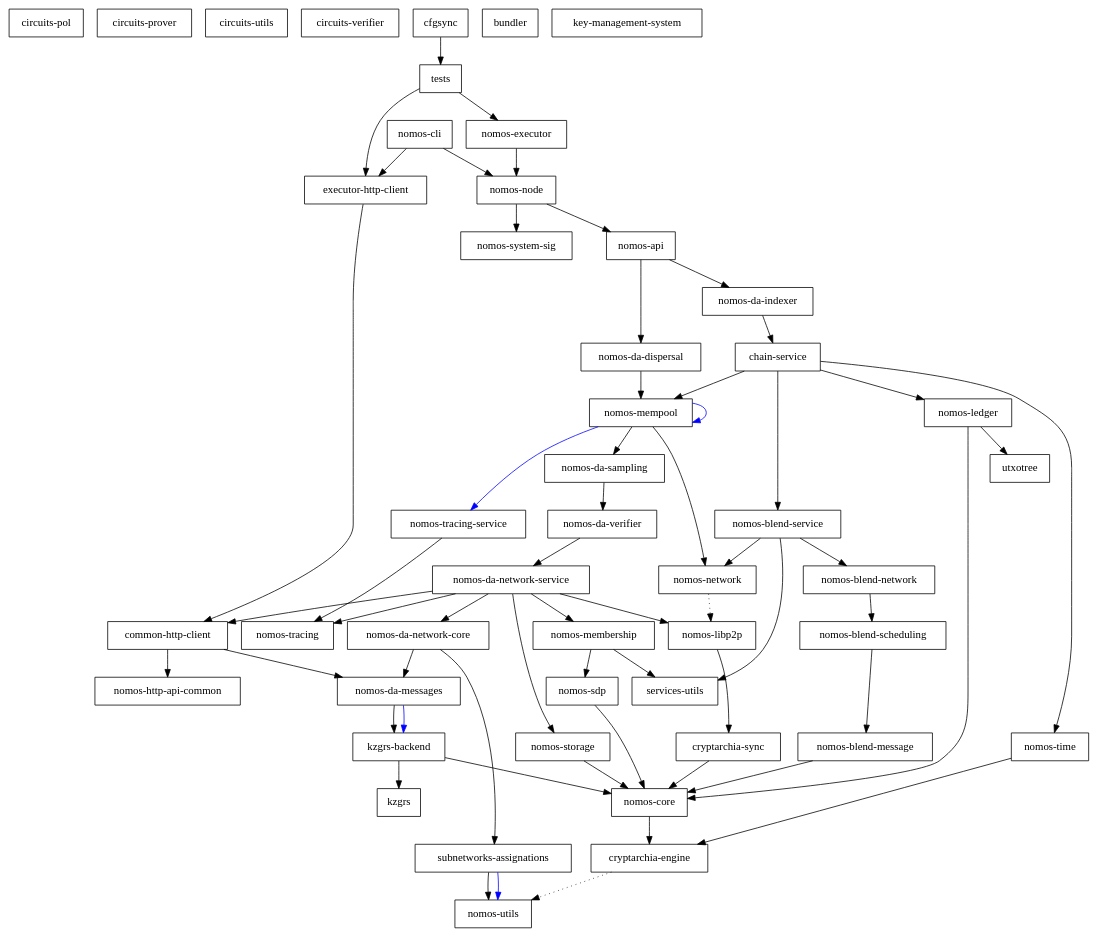
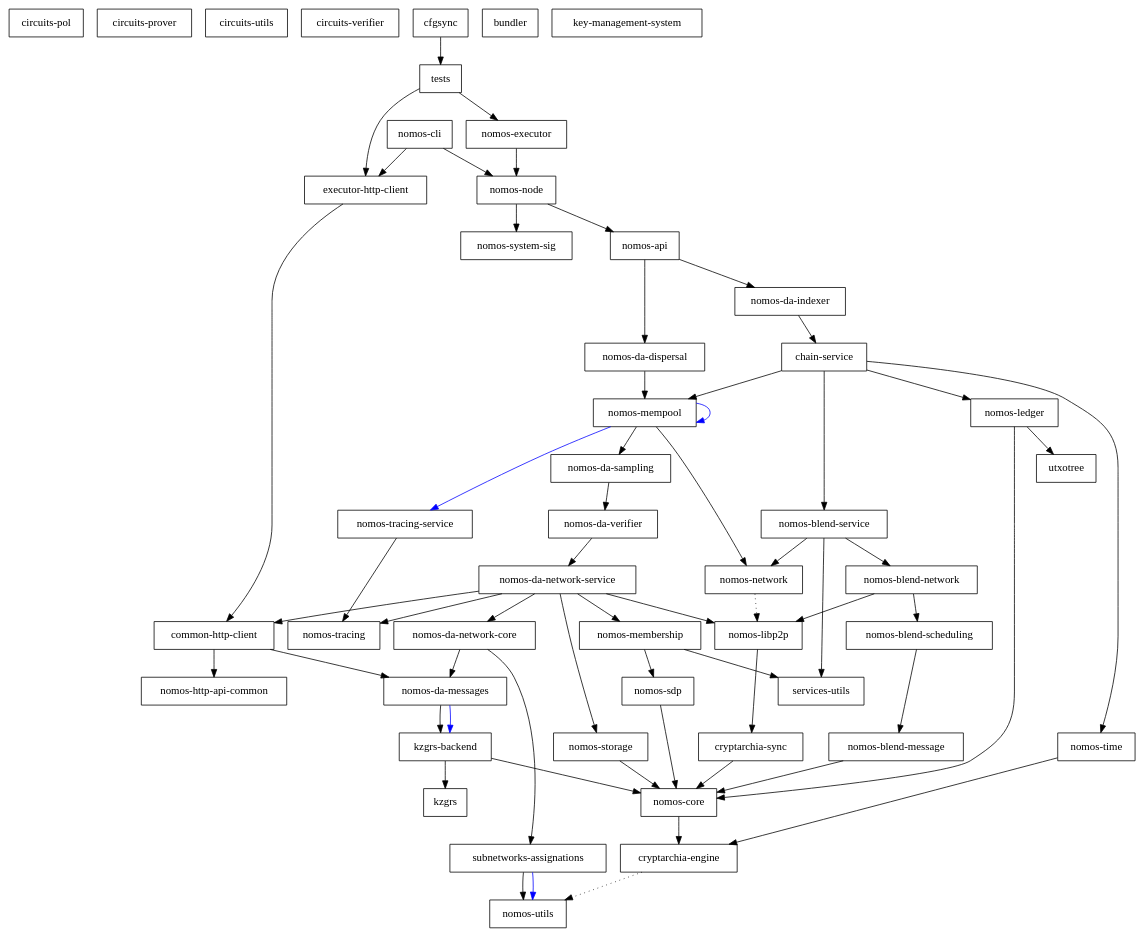
One commit to Astro521/logos-blockchain changed the diagram in dependencies_graph.dot. Above: the diagram before and after it, drawn with Graphviz. The commit also changed 30 other files, not shown here.

```diff
--- a/dependencies_graph.dot
+++ b/dependencies_graph.dot
@@ -1,107 +1,108 @@
 digraph {
     0 [ label = "circuits-pol" shape = box]
     1 [ label = "circuits-prover" shape = box]
     2 [ label = "circuits-utils" shape = box]
     3 [ label = "circuits-verifier" shape = box]
     4 [ label = "cryptarchia-engine" shape = box]
     5 [ label = "nomos-utils" shape = box]
     6 [ label = "cryptarchia-sync" shape = box]
     7 [ label = "nomos-core" shape = box]
     8 [ label = "nomos-ledger" shape = box]
     9 [ label = "utxotree" shape = box]
     10 [ label = "nomos-http-api-common" shape = box]
     11 [ label = "nomos-executor" shape = box]
     12 [ label = "kzgrs-backend" shape = box]
     13 [ label = "kzgrs" shape = box]
     14 [ label = "nomos-api" shape = box]
     15 [ label = "chain-service" shape = box]
     16 [ label = "nomos-blend-service" shape = box]
     17 [ label = "nomos-blend-message" shape = box]
     18 [ label = "nomos-blend-network" shape = box]
     19 [ label = "nomos-blend-scheduling" shape = box]
     20 [ label = "nomos-libp2p" shape = box]
     21 [ label = "nomos-network" shape = box]
     22 [ label = "services-utils" shape = box]
     23 [ label = "nomos-da-sampling" shape = box]
     24 [ label = "nomos-da-network-core" shape = box]
     25 [ label = "nomos-da-messages" shape = box]
     26 [ label = "subnetworks-assignations" shape = box]
     27 [ label = "nomos-da-network-service" shape = box]
     28 [ label = "common-http-client" shape = box]
     29 [ label = "nomos-membership" shape = box]
     30 [ label = "nomos-sdp" shape = box]
     31 [ label = "nomos-storage" shape = box]
     32 [ label = "nomos-tracing" shape = box]
     33 [ label = "nomos-da-verifier" shape = box]
     34 [ label = "nomos-mempool" shape = box]
     35 [ label = "nomos-tracing-service" shape = box]
     36 [ label = "nomos-time" shape = box]
     37 [ label = "nomos-da-dispersal" shape = box]
     38 [ label = "nomos-da-indexer" shape = box]
     39 [ label = "nomos-node" shape = box]
     40 [ label = "nomos-system-sig" shape = box]
     41 [ label = "executor-http-client" shape = box]
     42 [ label = "bundler" shape = box]
     43 [ label = "nomos-cli" shape = box]
     44 [ label = "key-management-system" shape = box]
     45 [ label = "cfgsync" shape = box]
     46 [ label = "tests" shape = box]
     4 -> 5 [ style = dotted]
     6 -> 7 [ ]
     7 -> 4 [ ]
     8 -> 7 [ ]
     8 -> 9 [ ]
     11 -> 39 [ ]
     12 -> 13 [ ]
     12 -> 7 [ ]
     14 -> 37 [ ]
     14 -> 38 [ ]
     15 -> 16 [ ]
     15 -> 8 [ ]
     15 -> 34 [ ]
     15 -> 36 [ ]
     16 -> 18 [ ]
     16 -> 21 [ ]
     16 -> 22 [ ]
     17 -> 7 [ ]
     18 -> 19 [ ]
+    18 -> 20 [ ]
     19 -> 17 [ ]
     20 -> 6 [ ]
     21 -> 20 [ style = dotted]
     23 -> 33 [ ]
     24 -> 25 [ ]
     24 -> 26 [ ]
     25 -> 12 [ ]
     25 -> 12 [ color = blue]
     26 -> 5 [ ]
     26 -> 5 [ color = blue]
     27 -> 28 [ ]
     27 -> 24 [ ]
     27 -> 20 [ ]
     27 -> 29 [ ]
     27 -> 31 [ ]
     27 -> 32 [ ]
     28 -> 25 [ ]
     28 -> 10 [ ]
     29 -> 30 [ ]
     29 -> 22 [ ]
     30 -> 7 [ ]
     31 -> 7 [ ]
     33 -> 27 [ ]
     34 -> 23 [ ]
     34 -> 34 [ color = blue]
     34 -> 21 [ ]
     34 -> 35 [ color = blue]
     35 -> 32 [ ]
     36 -> 4 [ ]
     37 -> 34 [ ]
     38 -> 15 [ ]
     39 -> 14 [ ]
     39 -> 40 [ ]
     41 -> 28 [ ]
     43 -> 41 [ ]
     43 -> 39 [ ]
     45 -> 46 [ ]
     46 -> 41 [ ]
     46 -> 11 [ ]
 }
```
